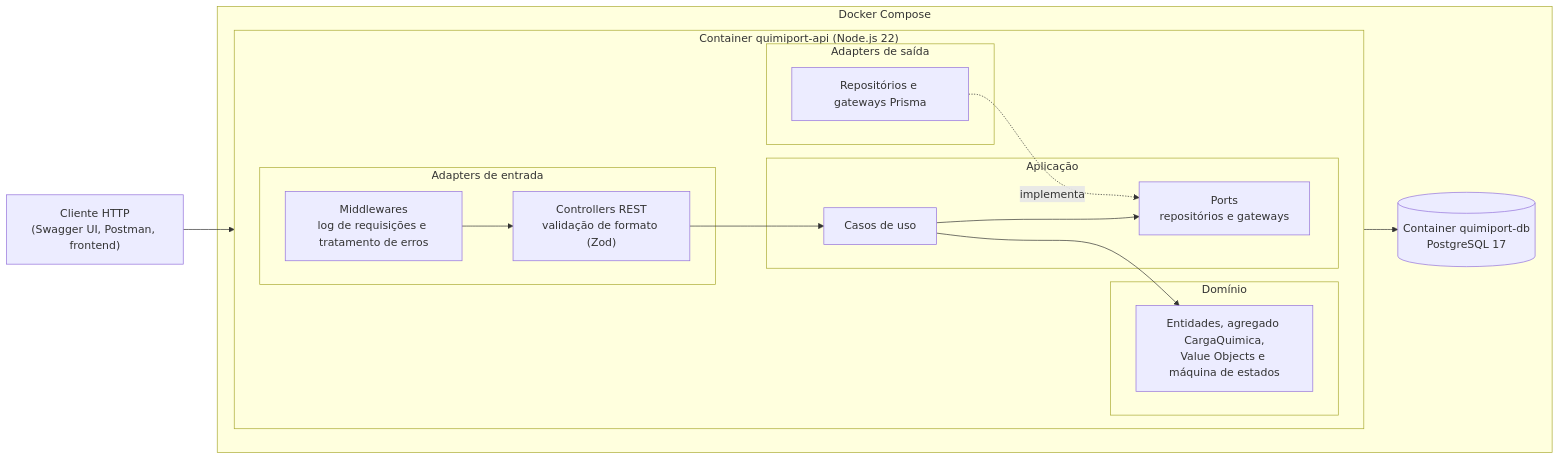
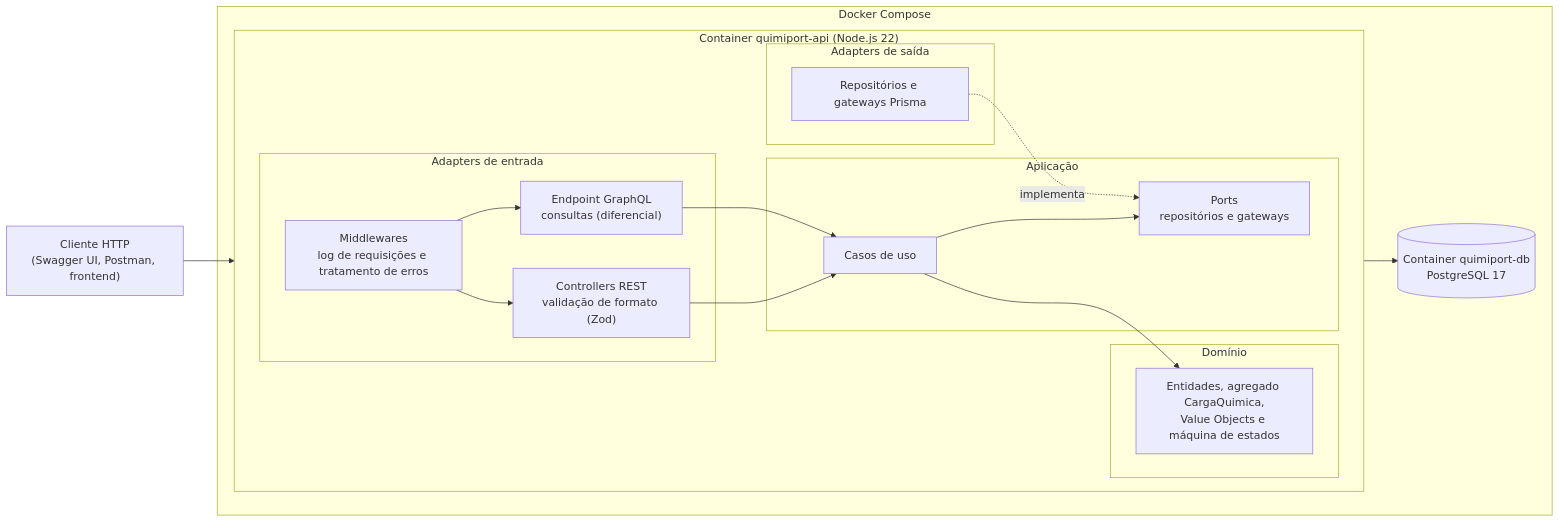
Before and after one commit to gbr-marques/quimiport: the first of 2 diagrams in docs/06-arquitetura-e-adrs.md, drawn with Mermaid. The commit also changed other lines of this file, not shown here.

Commit message:
docs: incluir adr-012 e graphql no diagrama de arquitetura

````diff
--- a/docs/06-arquitetura-e-adrs.md
+++ b/docs/06-arquitetura-e-adrs.md
@@ -127,31 +128,33 @@
 ```mermaid
 flowchart LR
     cliente["Cliente HTTP<br/>(Swagger UI, Postman, frontend)"]
 
     subgraph compose["Docker Compose"]
         subgraph api["Container quimiport-api (Node.js 22)"]
             direction LR
             subgraph entrada["Adapters de entrada"]
                 middlewares["Middlewares<br/>log de requisições e tratamento de erros"]
                 controllers["Controllers REST<br/>validação de formato (Zod)"]
+                graphql["Endpoint GraphQL<br/>consultas (diferencial)"]
             end
             subgraph aplicacao["Aplicação"]
                 casos["Casos de uso"]
                 ports["Ports<br/>repositórios e gateways"]
             end
             subgraph dominio["Domínio"]
                 regras["Entidades, agregado CargaQuimica,<br/>Value Objects e máquina de estados"]
             end
             subgraph saida["Adapters de saída"]
                 repositorios["Repositórios e gateways Prisma"]
             end
         end
         db[("Container quimiport-db<br/>PostgreSQL 17")]
     end
 
     cliente --> middlewares --> controllers --> casos
+    middlewares --> graphql --> casos
     casos --> regras
     casos --> ports
     repositorios -. implementa .-> ports
     repositorios --> db
 ```
````
